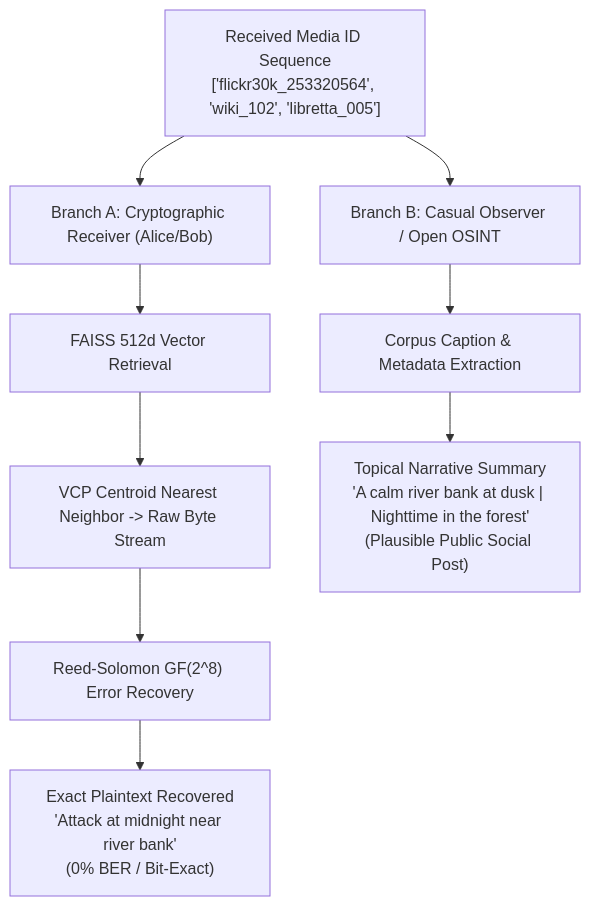
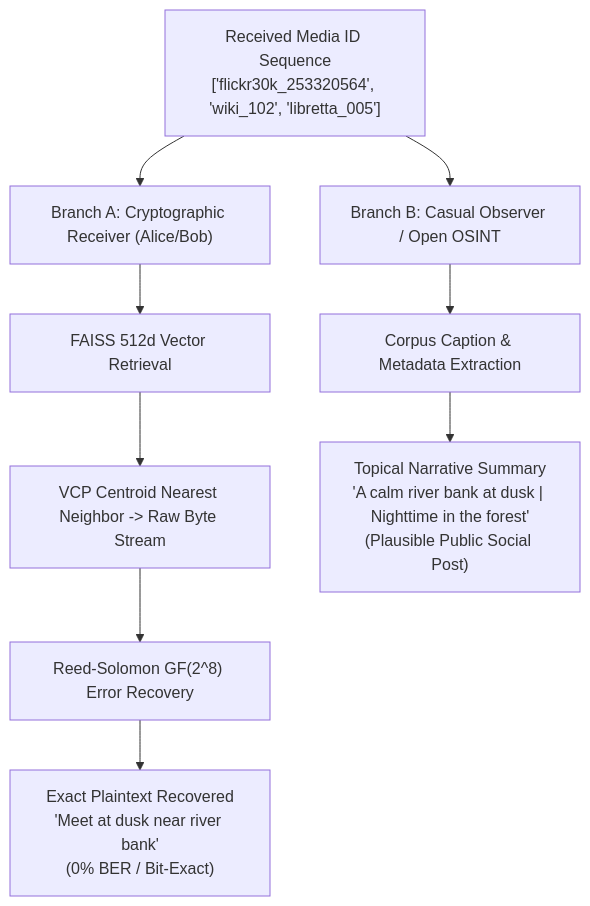
One commit to jeevan4476/DCASS changed the second of 2 diagrams in docs/modules/04_SEMANTIC_CHUNKING_AND_CARRIER_SELECTION.md. Above: the diagram before and after it, drawn with Mermaid. The commit also changed other lines of this file and 36 other files, not shown here.

````diff
--- a/docs/modules/04_SEMANTIC_CHUNKING_AND_CARRIER_SELECTION.md
+++ b/docs/modules/04_SEMANTIC_CHUNKING_AND_CARRIER_SELECTION.md
@@ -244,15 +244,15 @@
 ```mermaid
 flowchart TD
     ReceivedIDs["Received Media ID Sequence\n['flickr30k_253320564', 'wiki_102', 'libretta_005']"]
     
     ReceivedIDs --> PathA["Branch A: Cryptographic Receiver (Alice/Bob)"]
     ReceivedIDs --> PathB["Branch B: Casual Observer / Open OSINT"]
     
     PathA --> FAISSVectorLookup["FAISS 512d Vector Retrieval"]
     FAISSVectorLookup --> VCPCentroid["VCP Centroid Nearest Neighbor -> Raw Byte Stream"]
     VCPCentroid --> RSECC["Reed-Solomon GF(2^8) Error Recovery"]
-    RSECC --> ExactPlaintext["Exact Plaintext Recovered\n'Attack at midnight near river bank'\n(0% BER / Bit-Exact)"]
+    RSECC --> ExactPlaintext["Exact Plaintext Recovered\n'Meet at dusk near river bank'\n(0% BER / Bit-Exact)"]
     
     PathB --> MetadataLookup["Corpus Caption & Metadata Extraction"]
     MetadataLookup --> SemanticGist["Topical Narrative Summary\n'A calm river bank at dusk | Nighttime in the forest'\n(Plausible Public Social Post)"]
 ```
````
